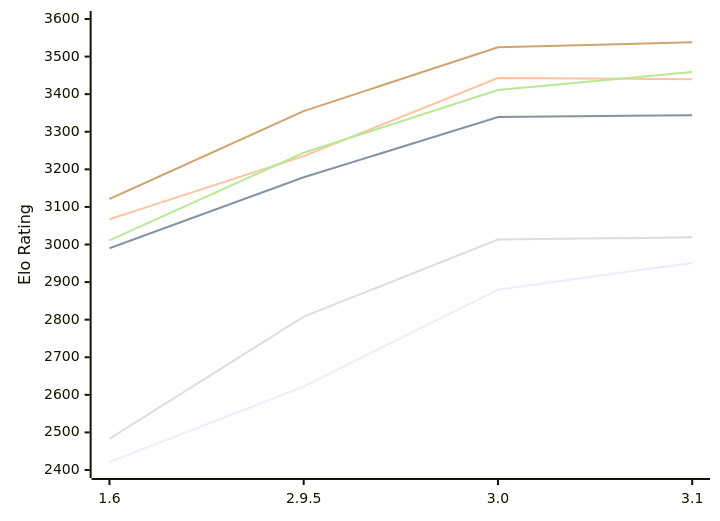
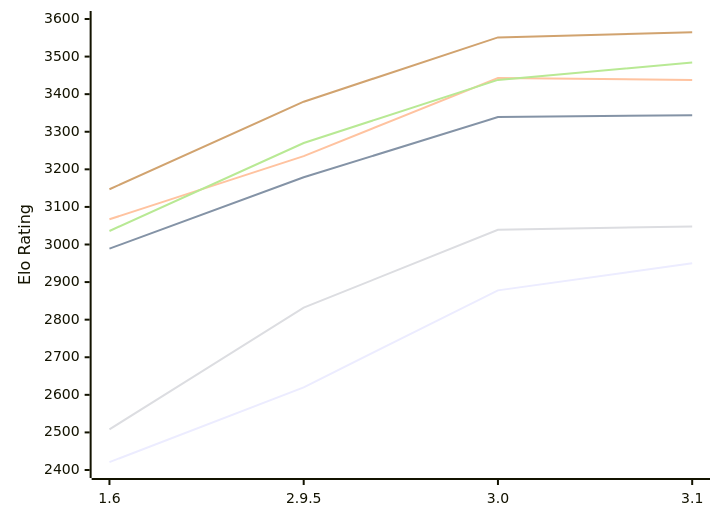
One commit to computer-chess-index/cci changed the diagram in engines/Chessenger.md. Above: the diagram before and after it, drawn with Mermaid. The commit also changed other lines of this file, not shown here.

Commit message:
Update CCI Ratings (ELO VLTC) - 2026-11-04

````diff
--- a/engines/Chessenger.md
+++ b/engines/Chessenger.md
@@ -53,12 +53,12 @@
 ```mermaid
 %%{init: {"theme":"base","themeVariables":{"seriesColors:['#a3a3a3','#222221','#faa371']}}}%%
 xychart-beta
   x-axis ["1.6", "2.9.5", "3.0", "3.1"]
   y-axis "Elo Rating" 2400 --> 3600
-  line "E1: STC (8.0+0.08s)" [2421, 2622, 2880, 2951]
-  line "E1: LTC (60.0+0.60s)" [2990, 3179, 3339, 3344]
-  line "E1: VLTC (2m24s+1.12s)" [3067, 3235, 3443, 3440]
-  line "P1: STC (8.0+0.08s)" [2483, 2808, 3013, 3019]
-  line "P1: LTC (60.0+0.60s)" [3011, 3244, 3411, 3459]
-  line "P1: VLTC (2m24s+1.12s)" [3121, 3355, 3525, 3538]
+  line "E1: STC (8.0+0.08s)" [2421, 2620, 2878, 2950]
+  line "E1: LTC (60.0+0.60s)" [2989, 3179, 3339, 3344]
+  line "E1: VLTC (2m24s+1.12s)" [3067, 3235, 3443, 3438]
+  line "P1: STC (8.0+0.08s)" [2508, 2832, 3039, 3048]
+  line "P1: LTC (60.0+0.60s)" [3036, 3270, 3438, 3484]
+  line "P1: VLTC (2m24s+1.12s)" [3147, 3380, 3551, 3565]
 ```
````
